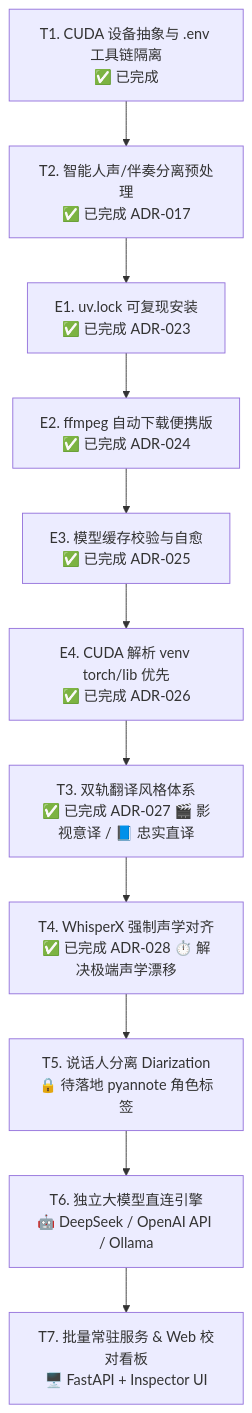
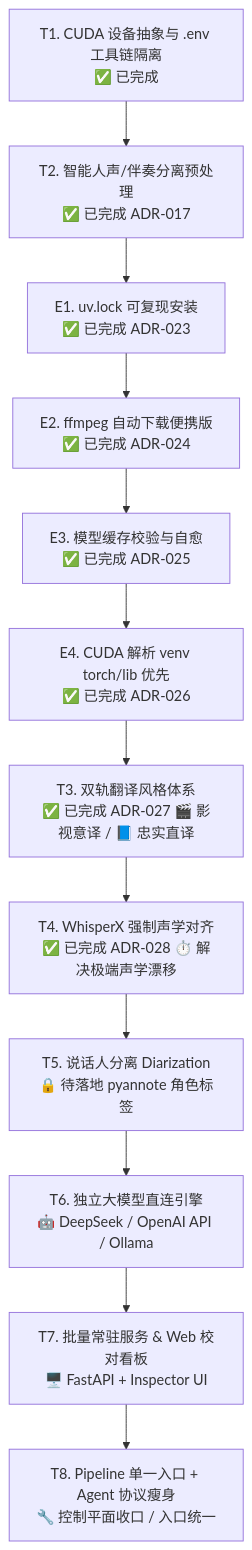
The diagram in MAJOR_VERSION_PLAN.md (brosnan2800/video-translate), drawn with Mermaid before and after one commit. The commit also changed other lines of this file and 5 other files, not shown here.

````diff
--- a/MAJOR_VERSION_PLAN.md
+++ b/MAJOR_VERSION_PLAN.md
@@ -46,13 +47,14 @@
 ```mermaid
 flowchart TD
     T1[T1. CUDA 设备抽象与 .env 工具链隔离<br/>✅ 已完成] --> T2[T2. 智能人声/伴奏分离预处理<br/>✅ 已完成 ADR-017]
     T2 --> E1[E1. uv.lock 可复现安装<br/>✅ 已完成 ADR-023]
     E1 --> E2[E2. ffmpeg 自动下载便携版<br/>✅ 已完成 ADR-024]
     E2 --> E3[E3. 模型缓存校验与自愈<br/>✅ 已完成 ADR-025]
     E3 --> E4[E4. CUDA 解析 venv torch/lib 优先<br/>✅ 已完成 ADR-026]
     E4 --> T3[T3. 双轨翻译风格体系<br/>✅ 已完成 ADR-027 🎬 影视意译 / 📘 忠实直译]
     T3 --> T4[T4. WhisperX 强制声学对齐<br/>✅ 已完成 ADR-028 ⏱️ 解决极端声学漂移]
     T4 --> T5[T5. 说话人分离 Diarization<br/>🔒 待落地 pyannote 角色标签]
     T5 --> T6[T6. 独立大模型直连引擎<br/>🤖 DeepSeek / OpenAI API / Ollama]
     T6 --> T7[T7. 批量常驻服务 & Web 校对看板<br/>🖥️ FastAPI + Inspector UI]
+    T7 --> T8[T8. Pipeline 单一入口 + Agent 协议瘦身<br/>🔧 控制平面收口 / 入口统一]
 ```
````
